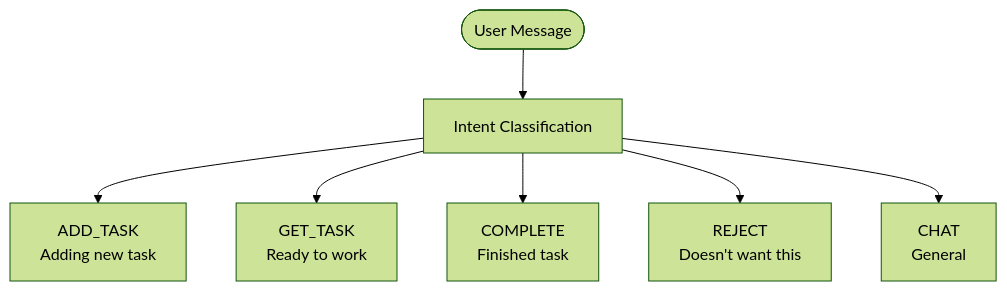
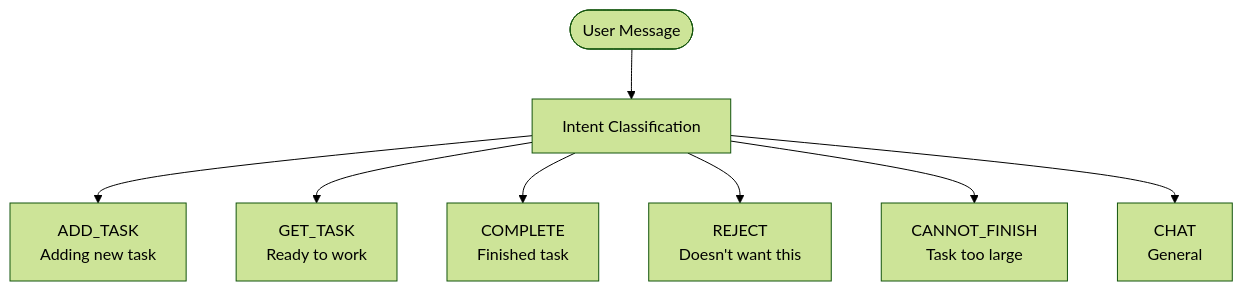
Before and after one commit to NickBorgers/hide-my-list: the second of 19 diagrams in docs/ai-prompts.md, drawn with Mermaid (forest theme). The commit also changed other lines of this file and 4 other files, not shown here.

First line of the commit message:
Add CANNOT_FINISH command and automatic task breakdown

````diff
--- a/docs/ai-prompts.md
+++ b/docs/ai-prompts.md
@@ -66,10 +66,11 @@
 ```mermaid
 flowchart TD
     Input([User Message]) --> Classify[Intent Classification]
 
     Classify --> ADD["ADD_TASK<br/>Adding new task"]
     Classify --> GET["GET_TASK<br/>Ready to work"]
     Classify --> DONE["COMPLETE<br/>Finished task"]
     Classify --> NOPE["REJECT<br/>Doesn't want this"]
+    Classify --> CANT["CANNOT_FINISH<br/>Task too large"]
     Classify --> CHAT["CHAT<br/>General"]
 ```
````
